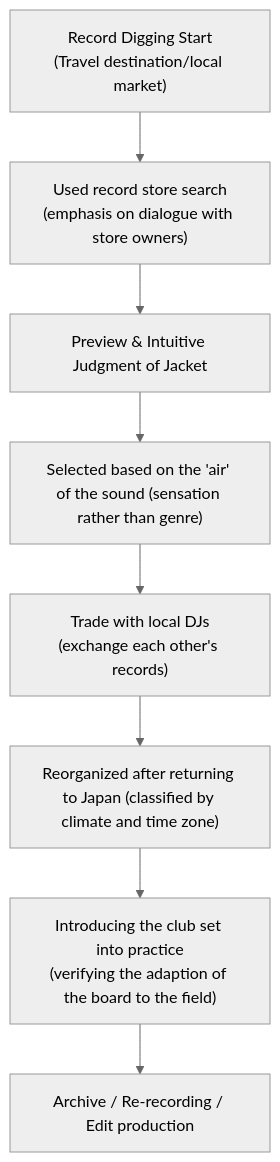
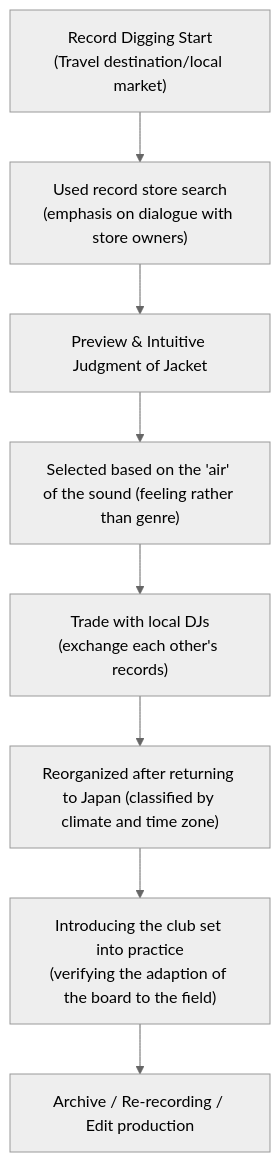
Before and after one commit to monumental-movement/monumental-movement.github.io: the fourth of 5 diagrams in en/_posts/2025-10-27-column-harvey-vinyl.md, drawn with Mermaid (neutral theme). The commit also changed other lines of this file and 214 other files, not shown here.

```diff
--- a/en/_posts/2025-10-27-column-harvey-vinyl.md
+++ b/en/_posts/2025-10-27-column-harvey-vinyl.md
@@ -221,16 +221,16 @@
 <div class="mermaid">
 
 flowchart TD
     A["Record Digging Start<br>(Travel destination/local market)"]
     B["Used record store search<br>(emphasis on dialogue with store owners)"]
     C["Preview & Intuitive Judgment of Jacket"]
-    D["Selected based on the 'air' of the sound (sensation rather than genre)"]
+    D["Selected based on the 'air' of the sound (feeling rather than genre)"]
     E["Trade with local DJs<br>(exchange each other's records)"]
     F["Reorganized after returning to Japan (classified by climate and time zone)"]
     G["Introducing the club set into practice<br>(verifying the adaption of the board to the field)"]
     H["Archive / Re-recording / Edit production"]
 
     A --> B --> C --> D --> E --> F --> G --> H
 
 
 </div>
```
